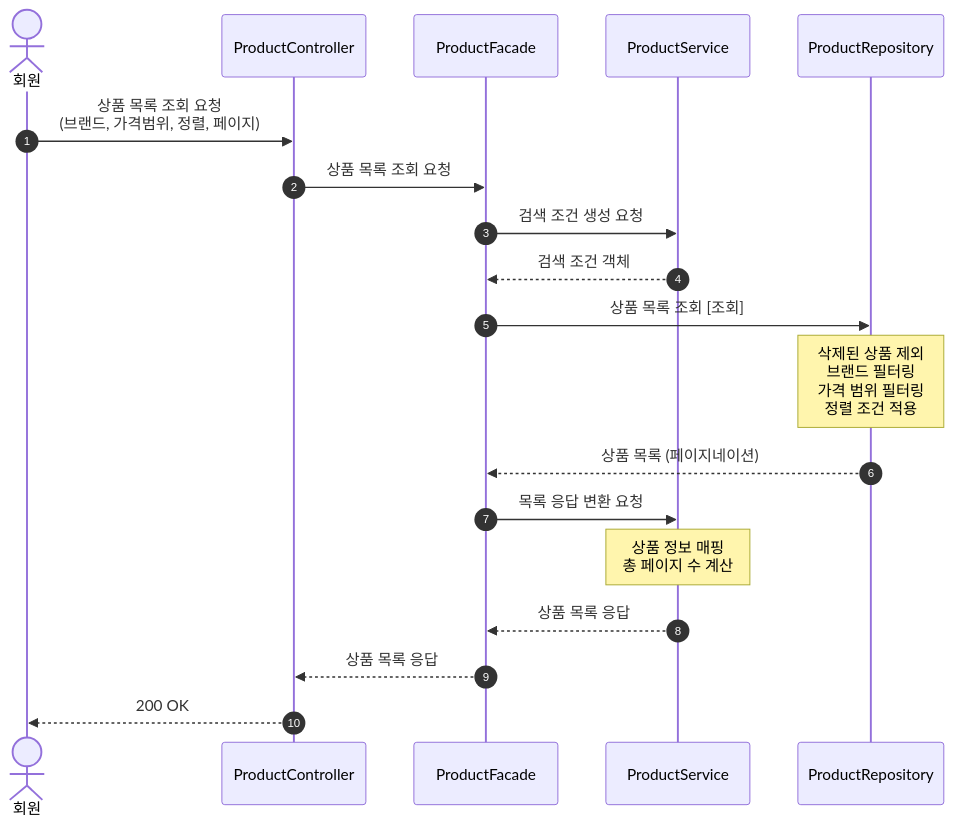
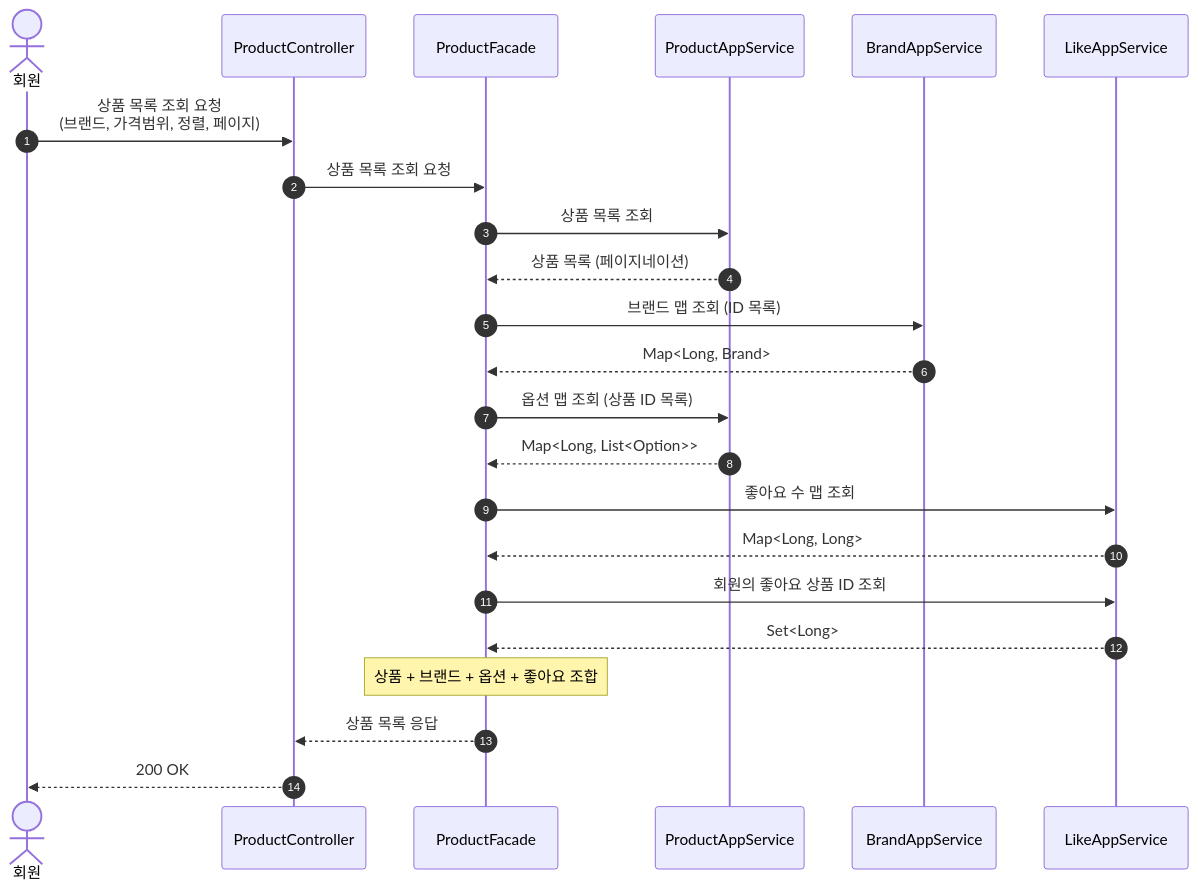
Before and after one commit to Loopers-dev-lab/loop-pack-be-l2-vol3-java: the fourth of 14 diagrams in docs/design/02-sequence-diagrams.md, drawn with Mermaid. The commit also changed other lines of this file and 2 other files, not shown here.

````diff
--- a/docs/design/02-sequence-diagrams.md
+++ b/docs/design/02-sequence-diagrams.md
@@ -275,29 +257,38 @@
 ```mermaid
 sequenceDiagram
     autonumber
     actor 회원
     participant Controller as ProductController
     participant Facade as ProductFacade
-    participant Service as ProductService
-    participant Repository as ProductRepository
+    participant ProductAS as ProductAppService
+    participant BrandAS as BrandAppService
+    participant LikeAS as LikeAppService
 
     회원->>Controller: 상품 목록 조회 요청<br/>(브랜드, 가격범위, 정렬, 페이지)
     Controller->>Facade: 상품 목록 조회 요청
 
-    %% 1. 필터 조건 생성
-    Facade->>Service: 검색 조건 생성 요청
-    Service-->>Facade: 검색 조건 객체
+    %% 1. 상품 목록 조회
+    Facade->>ProductAS: 상품 목록 조회
+    ProductAS-->>Facade: 상품 목록 (페이지네이션)
 
-    %% 2. 상품 목록 조회
-    Facade->>Repository: 상품 목록 조회 [조회]
-    Note over Repository: 삭제된 상품 제외<br/>브랜드 필터링<br/>가격 범위 필터링<br/>정렬 조건 적용
-    Repository-->>Facade: 상품 목록 (페이지네이션)
+    %% 2. 브랜드 정보 배치 조회
+    Facade->>BrandAS: 브랜드 맵 조회 (ID 목록)
+    BrandAS-->>Facade: Map<Long, Brand>
 
-    %% 3. 응답 변환
-    Facade->>Service: 목록 응답 변환 요청
-    Note over Service: 상품 정보 매핑<br/>총 페이지 수 계산
-    Service-->>Facade: 상품 목록 응답
+    %% 3. 옵션 정보 배치 조회
+    Facade->>ProductAS: 옵션 맵 조회 (상품 ID 목록)
+    ProductAS-->>Facade: Map<Long, List<Option>>
+
+    %% 4. 좋아요 정보 배치 조회
+    Facade->>LikeAS: 좋아요 수 맵 조회
+    LikeAS-->>Facade: Map<Long, Long>
+
+    Facade->>LikeAS: 회원의 좋아요 상품 ID 조회
+    LikeAS-->>Facade: Set<Long>
+
+    %% 5. 응답 조립
+    Note over Facade: 상품 + 브랜드 + 옵션 + 좋아요 조합
 
     Facade-->>Controller: 상품 목록 응답
     Controller-->>회원: 200 OK
 ```
````
